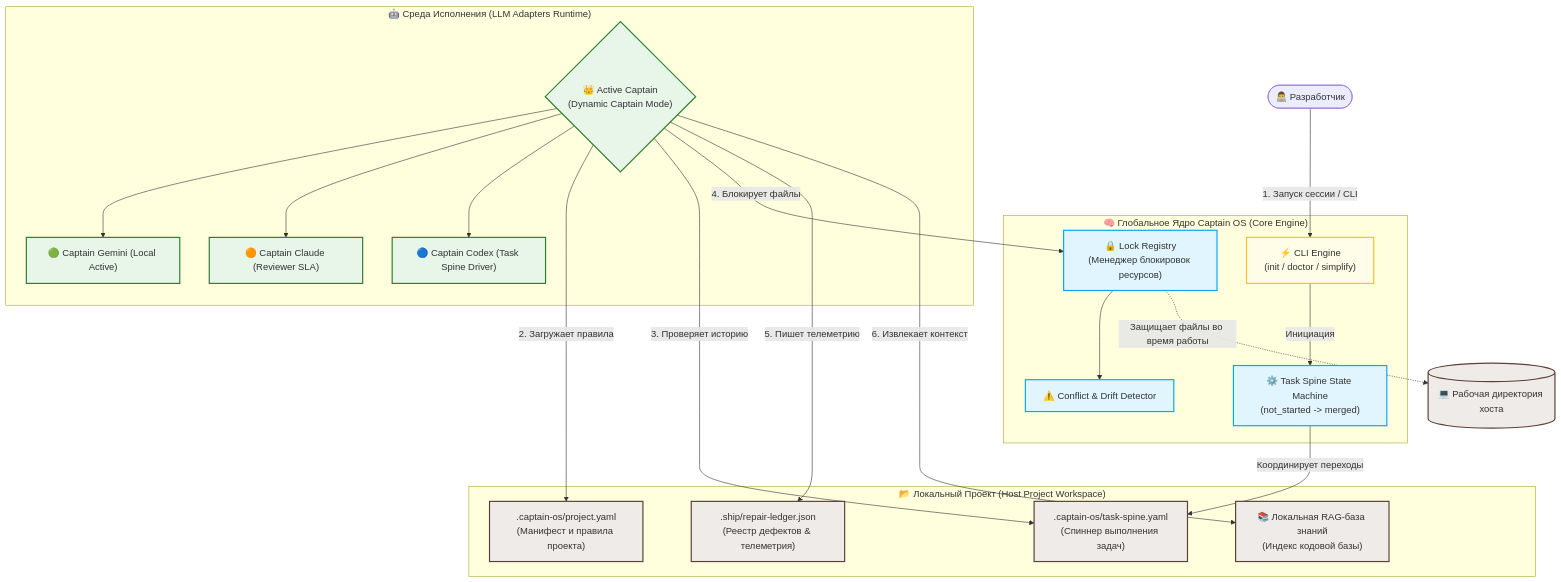
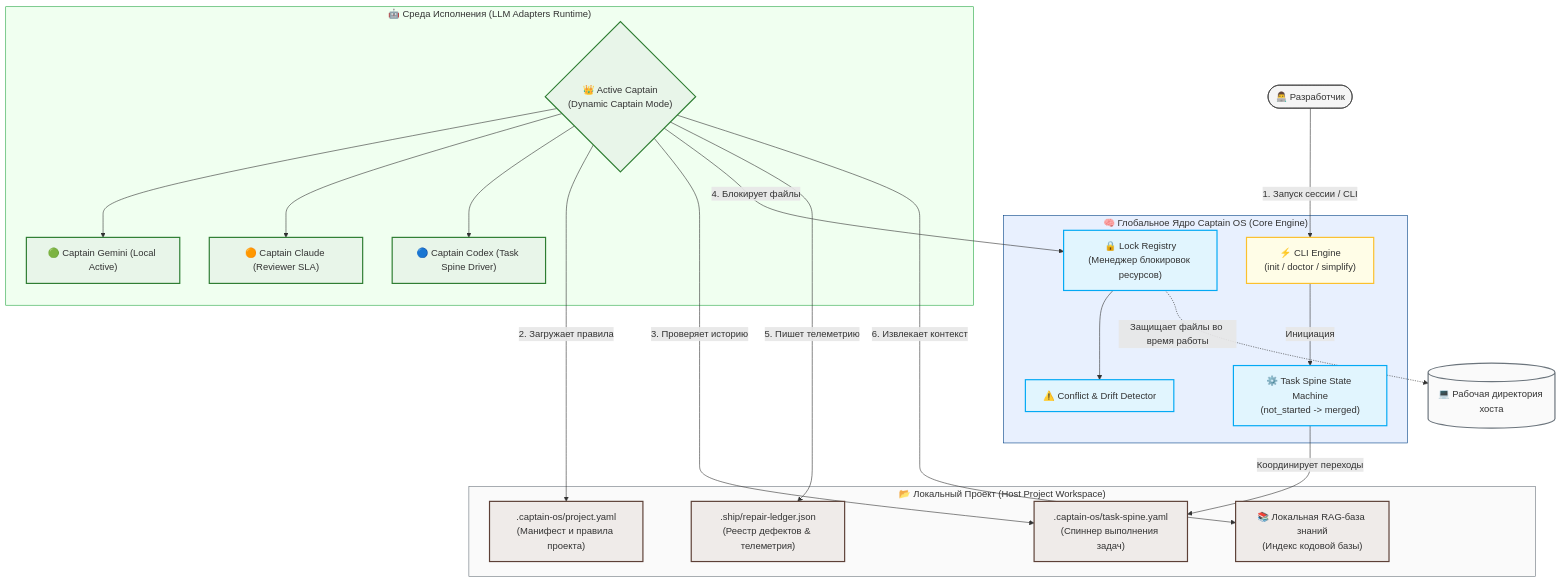
The second of 5 diagrams in README.md (anton-remide/captain-os), drawn with Mermaid before and after one commit. The commit also changed other lines of this file, not shown here.

Commit message:
docs: update README with declarative gates, 2026 models, and flow diagrams

````diff
--- a/README.md
+++ b/README.md
@@ -107,44 +120,50 @@
 ```mermaid
 graph TD
-    classDef engine fill:#e1f5fe,stroke:#03a9f4,stroke-width:2px;
-    classDef local fill:#efebe9,stroke:#5d4037,stroke-width:2px;
-    classDef lRuntime fill:#e8f5e9,stroke:#2e7d32,stroke-width:2px;
-    classDef dev fill:#fffde7,stroke:#fbc02d,stroke-width:2px;
+    classDef engine fill:#e1f5fe,stroke:#03a9f4,stroke-width:2px,color:#333;
+    classDef local fill:#efebe9,stroke:#5d4037,stroke-width:2px,color:#333;
+    classDef lRuntime fill:#e8f5e9,stroke:#2e7d32,stroke-width:2px,color:#333;
+    classDef dev fill:#fffde7,stroke:#fbc02d,stroke-width:2px,color:#333;
 
     User([👨‍💻 Разработчик]) -->|"1. Запуск сессии / CLI"| CLI["⚡ CLI Engine<br>(init / doctor / simplify)"]:::dev
     
     subgraph CoreBlock["🧠 Глобальное Ядро Captain OS (Core Engine)"]
         CLI -->|Инициация| StateMachine["⚙️ Task Spine State Machine<br>(not_started -> merged)"]:::engine
         Locks["🔒 Lock Registry<br>(Менеджер блокировок ресурсов)"]:::engine
         ConflictDetector["⚠️ Conflict & Drift Detector"]:::engine
         Locks --> ConflictDetector
     end
 
     subgraph ProjectBlock["📂 Локальный Проект (Host Project Workspace)"]
         Manifest[".captain-os/project.yaml<br>(Манифест и правила проекта)"]:::local
         Spine[".captain-os/task-spine.yaml<br>(Спиннер выполнения задач)"]:::local
         Ledger[".ship/repair-ledger.json<br>(Реестр дефектов & телеметрия)"]:::local
         RAG["📚 Локальная RAG-база знаний<br>(Индекс кодовой базы)"]:::local
     end
 
     subgraph LLMRuntime["🤖 Среда Исполнения (LLM Adapters Runtime)"]
         Captain{"👑 Active Captain<br>(Dynamic Captain Mode)"}:::lRuntime
         Gemini["🟢 Captain Gemini (Local Active)"]:::lRuntime
         Claude["🟠 Captain Claude (Reviewer SLA)"]:::lRuntime
         Codex["🔵 Captain Codex (Task Spine Driver)"]:::lRuntime
         
         Captain --> Gemini
         Captain --> Claude
         Captain --> Codex
     end
 
     %% Связи
     Captain -->|"2. Загружает правила"| Manifest
     Captain -->|"3. Проверяет историю"| Spine
     Captain -->|"4. Блокирует файлы"| Locks
     Captain -->|"5. Пишет телеметрию"| Ledger
     Captain -->|"6. Извлекает контекст"| RAG
     
     StateMachine -->|"Координирует переходы"| Spine
     Locks -.->|"Защищает файлы во время работы"| WorkDir[("💻 Рабочая директория хоста")]:::local
+
+    style User fill:#f5f5f5,stroke:#333,color:#333
+    style WorkDir fill:#fafafa,stroke:#6c757d,color:#333
+    style CoreBlock fill:#e8f0fe,stroke:#004085,color:#333
+    style ProjectBlock fill:#fafafa,stroke:#6c757d,color:#333
+    style LLMRuntime fill:#f0fff0,stroke:#28a745,color:#333
 ```
````
